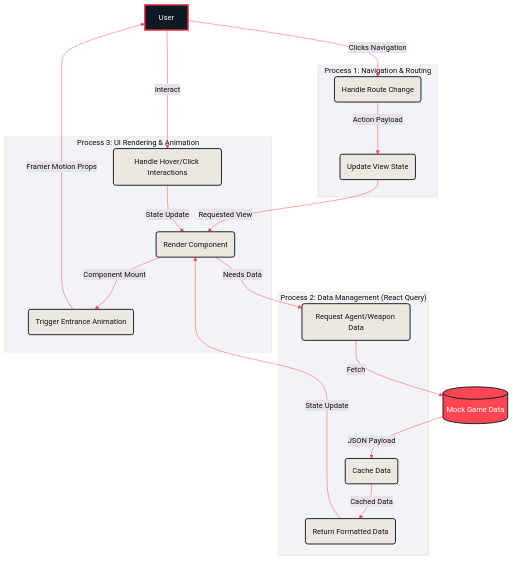
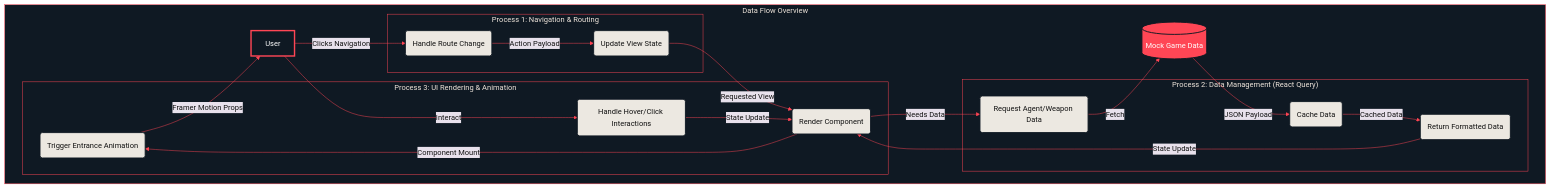
Before and after one commit to Mr-Nobody003/VALORANT: the second of 4 diagrams in README.md, drawn with Mermaid. The commit also changed other lines of this file, not shown here.

````diff
--- a/README.md
+++ b/README.md
@@ -115,39 +117,40 @@
 ```mermaid
-%%{init: {'theme': 'base', 'themeVariables': { 'primaryColor': '#ece8e1', 'primaryTextColor': '#111', 'primaryBorderColor': '#ff4655', 'lineColor': '#ff4655'}}}%%
+%%{init: {'theme': 'base', 'themeVariables': { 'primaryColor': '#ece8e1', 'primaryTextColor': '#111', 'primaryBorderColor': '#ff4655', 'lineColor': '#ff4655', 'tertiaryColor': '#0f1923', 'clusterBorder': '#ff4655'}}}%%
 flowchart TD
-    User[User]:::userStyle
-    subgraph "Process 1: Navigation & Routing"
-        1.1(Handle Route Change):::processStyle
-        1.2(Update View State):::processStyle
-    end
-    subgraph "Process 2: Data Management (React Query)"
-        2.1(Request Agent/Weapon Data):::processStyle
-        2.2(Cache Data):::processStyle
-        2.3(Return Formatted Data):::processStyle
-    end
-    subgraph "Process 3: UI Rendering & Animation"
-        3.1(Trigger Entrance Animation):::processStyle
-        3.2(Render Component):::processStyle
-        3.3(Handle Hover/Click Interactions):::processStyle
-    end
-    DataStore[(Mock Game Data)]:::storeStyle
-
+    subgraph "Data Flow Overview"
+        User[User]:::userStyle
+        subgraph "Process 1: Navigation & Routing"
+            1.1(Handle Route Change):::processStyle
+            1.2(Update View State):::processStyle
+        end
+        subgraph "Process 2: Data Management (React Query)"
+            2.1(Request Agent/Weapon Data):::processStyle
+            2.2(Cache Data):::processStyle
+            2.3(Return Formatted Data):::processStyle
+        end
+        subgraph "Process 3: UI Rendering & Animation"
+            3.1(Trigger Entrance Animation):::processStyle
+            3.2(Render Component):::processStyle
+            3.3(Handle Hover/Click Interactions):::processStyle
+        end
+        DataStore[(Mock Game Data)]:::storeStyle
     User --> |Clicks Navigation| 1.1
     1.1 --> |Action Payload| 1.2
     1.2 --> |Requested View| 3.2
 
     3.2 --> |Needs Data| 2.1
     2.1 --> |Fetch| DataStore
     DataStore --> |JSON Payload| 2.2
     2.2 --> |Cached Data| 2.3
     2.3 --> |State Update| 3.2
 
     3.2 --> |Component Mount| 3.1
     3.1 --> |Framer Motion Props| User
     User --> |Interact| 3.3
     3.3 --> |State Update| 3.2
 
     classDef userStyle fill:#0f1923,stroke:#ff4655,stroke-width:3px,color:#fff;
     classDef processStyle fill:#ece8e1,stroke:#0f1923,stroke-width:2px,color:#111;
     classDef storeStyle fill:#ff4655,stroke:#0f1923,stroke-width:2px,color:#fff;
+    end
 ```
````
